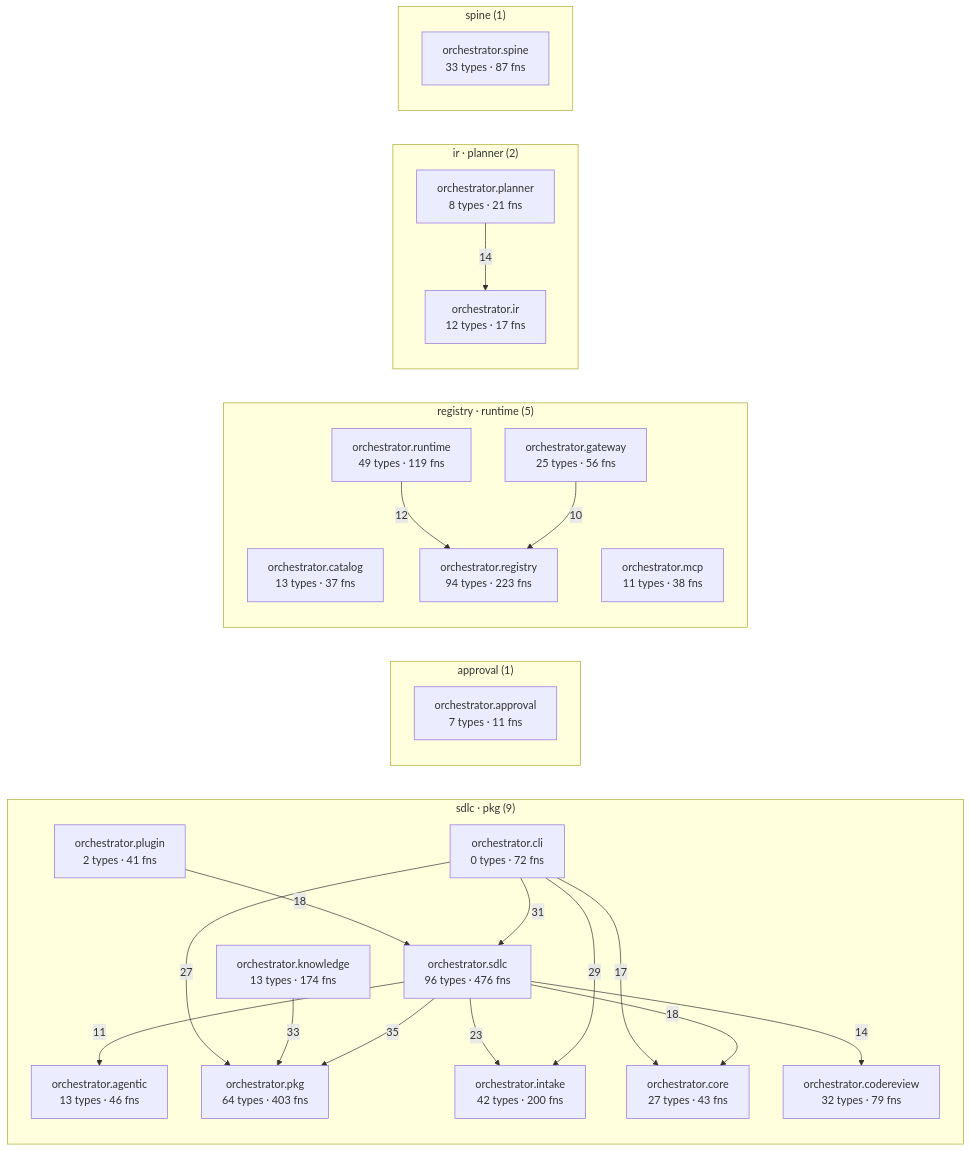
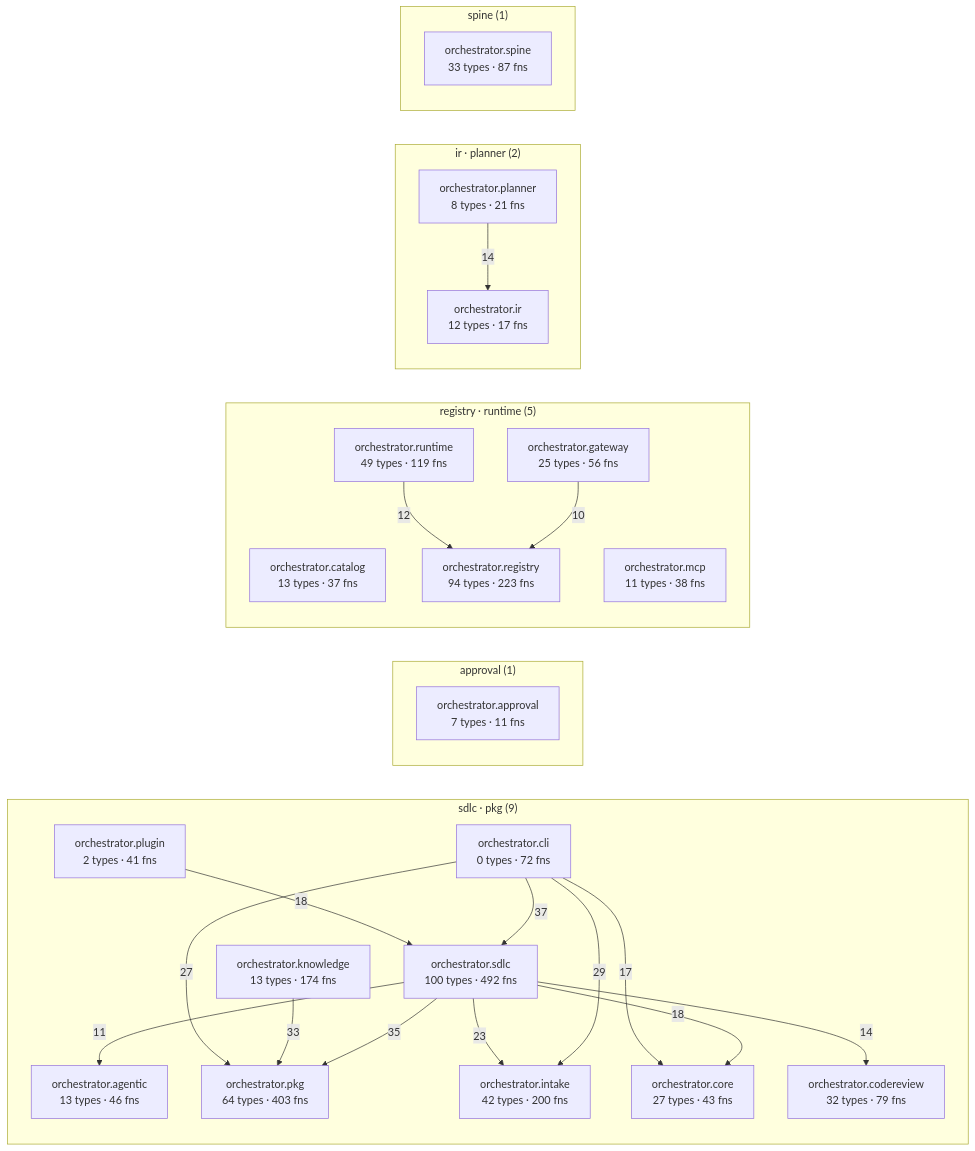
One commit to synaptixs/spine changed the diagram in episteme/architecture.md. Above: the diagram before and after it, drawn with Mermaid. The commit also changed other lines of this file and 21 other files, not shown here.

````diff
--- a/episteme/architecture.md
+++ b/episteme/architecture.md
@@ -54,45 +54,45 @@
 ```mermaid
 flowchart LR
   subgraph c_1["sdlc · pkg (9)"]
     aorchestratoragentic["orchestrator.agentic<br/>13 types · 46 fns"]
     aorchestratorcli["orchestrator.cli<br/>0 types · 72 fns"]
     aorchestratorcodereview["orchestrator.codereview<br/>32 types · 79 fns"]
     aorchestratorcore["orchestrator.core<br/>27 types · 43 fns"]
     aorchestratorintake["orchestrator.intake<br/>42 types · 200 fns"]
     aorchestratorknowledge["orchestrator.knowledge<br/>13 types · 174 fns"]
     aorchestratorpkg["orchestrator.pkg<br/>64 types · 403 fns"]
     aorchestratorplugin["orchestrator.plugin<br/>2 types · 41 fns"]
-    aorchestratorsdlc["orchestrator.sdlc<br/>96 types · 476 fns"]
+    aorchestratorsdlc["orchestrator.sdlc<br/>100 types · 492 fns"]
   end
   subgraph c_2["approval (1)"]
     aorchestratorapproval["orchestrator.approval<br/>7 types · 11 fns"]
   end
   subgraph c_3["registry · runtime (5)"]
     aorchestratorcatalog["orchestrator.catalog<br/>13 types · 37 fns"]
     aorchestratorgateway["orchestrator.gateway<br/>25 types · 56 fns"]
     aorchestratormcp["orchestrator.mcp<br/>11 types · 38 fns"]
     aorchestratorregistry["orchestrator.registry<br/>94 types · 223 fns"]
     aorchestratorruntime["orchestrator.runtime<br/>49 types · 119 fns"]
   end
   subgraph c_7["ir · planner (2)"]
     aorchestratorir["orchestrator.ir<br/>12 types · 17 fns"]
     aorchestratorplanner["orchestrator.planner<br/>8 types · 21 fns"]
   end
-  subgraph c_11["spine (1)"]
+  subgraph c_10["spine (1)"]
     aorchestratorspine["orchestrator.spine<br/>33 types · 87 fns"]
   end
+  aorchestratorcli -->|37| aorchestratorsdlc
   aorchestratorsdlc -->|35| aorchestratorpkg
   aorchestratorknowledge -->|33| aorchestratorpkg
-  aorchestratorcli -->|31| aorchestratorsdlc
   aorchestratorcli -->|29| aorchestratorintake
   aorchestratorcli -->|27| aorchestratorpkg
   aorchestratorsdlc -->|23| aorchestratorintake
   aorchestratorplugin -->|18| aorchestratorsdlc
   aorchestratorsdlc -->|18| aorchestratorcore
   aorchestratorcli -->|17| aorchestratorcore
   aorchestratorplanner -->|14| aorchestratorir
   aorchestratorsdlc -->|14| aorchestratorcodereview
   aorchestratorruntime -->|12| aorchestratorregistry
   aorchestratorsdlc -->|11| aorchestratoragentic
   aorchestratorgateway -->|10| aorchestratorregistry
 ```
````
